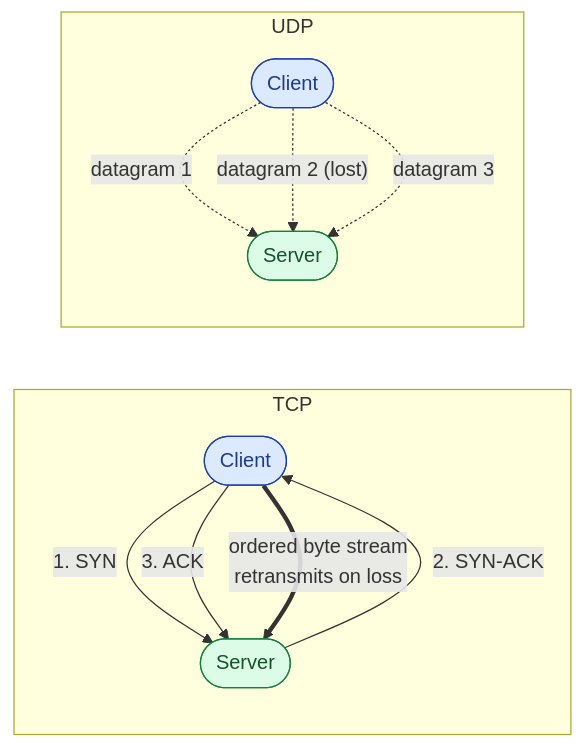
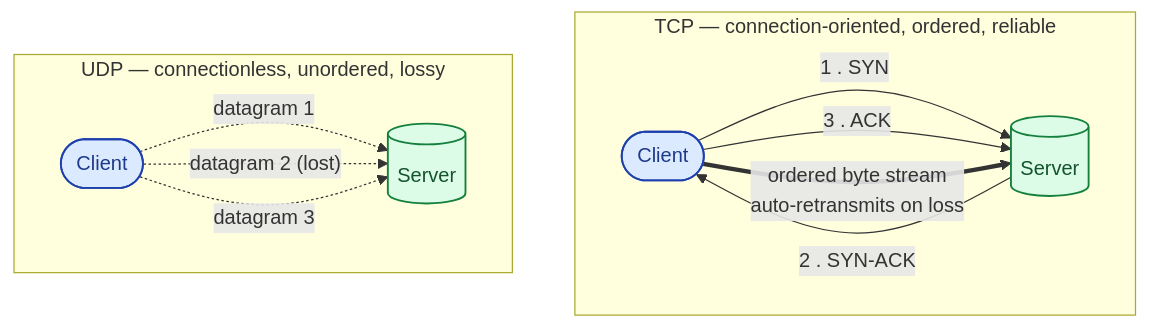
One commit to shiningflash/shiningflash.github.io changed the diagram in _sd_concepts/001-tcp-vs-udp.md. Above: the diagram before and after it, drawn with Mermaid. The commit also changed 5 other files, not shown here.

First line of the commit message:
Improve mermaid diagrams across the six live concept pages

````diff
--- a/_sd_concepts/001-tcp-vs-udp.md
+++ b/_sd_concepts/001-tcp-vs-udp.md
@@ -22,22 +22,24 @@
 ```mermaid
-flowchart LR
-    subgraph TCP["TCP"]
-        A1(["Client"]):::c
-        B1(["Server"]):::s
-        A1 -->|"1. SYN"| B1
-        B1 -->|"2. SYN-ACK"| A1
-        A1 -->|"3. ACK"| B1
-        A1 ==>|"ordered byte stream<br/>retransmits on loss"| B1
+flowchart TB
+    subgraph TCP["TCP — connection-oriented, ordered, reliable"]
+        direction LR
+        TC(["Client"]):::client
+        TS[("Server")]:::server
+        TC -->|"1 . SYN"| TS
+        TS -->|"2 . SYN-ACK"| TC
+        TC -->|"3 . ACK"| TS
+        TC ==>|"ordered byte stream<br/>auto-retransmits on loss"| TS
     end
 
-    subgraph UDP["UDP"]
-        A2(["Client"]):::c
-        B2(["Server"]):::s
-        A2 -.->|"datagram 1"| B2
-        A2 -.->|"datagram 2 (lost)"| B2
-        A2 -.->|"datagram 3"| B2
+    subgraph UDP["UDP — connectionless, unordered, lossy"]
+        direction LR
+        UC(["Client"]):::client
+        US[("Server")]:::server
+        UC -.->|"datagram 1"| US
+        UC -.->|"datagram 2  (lost)"| US
+        UC -.->|"datagram 3"| US
     end
 
-    classDef c fill:#dbeafe,stroke:#1e40af,color:#1e3a8a
-    classDef s fill:#dcfce7,stroke:#15803d,color:#14532d
+    classDef client fill:#dbeafe,stroke:#1e40af,color:#1e3a8a,stroke-width:1.5px
+    classDef server fill:#dcfce7,stroke:#15803d,color:#14532d,stroke-width:1.5px
 ```
````
